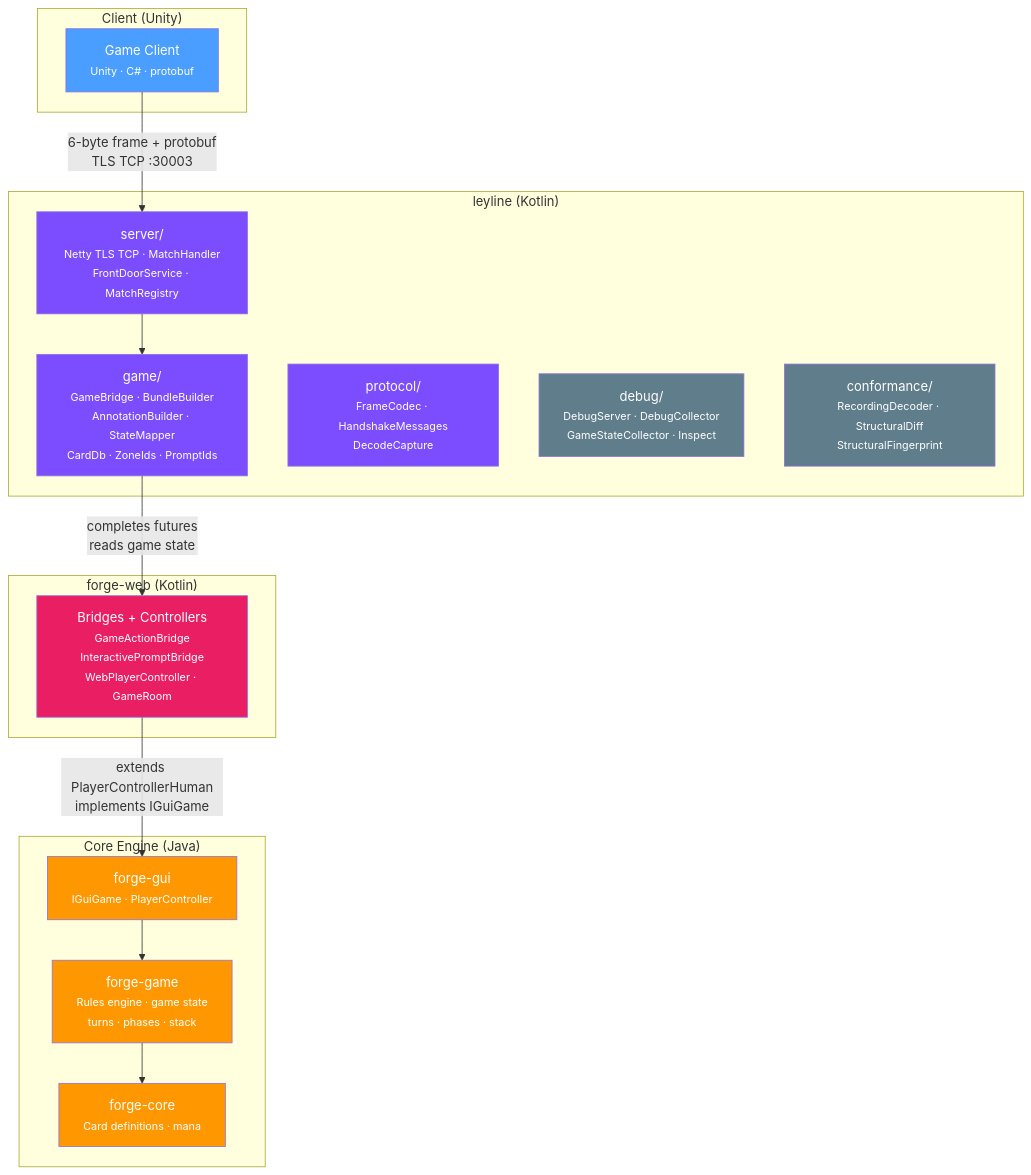
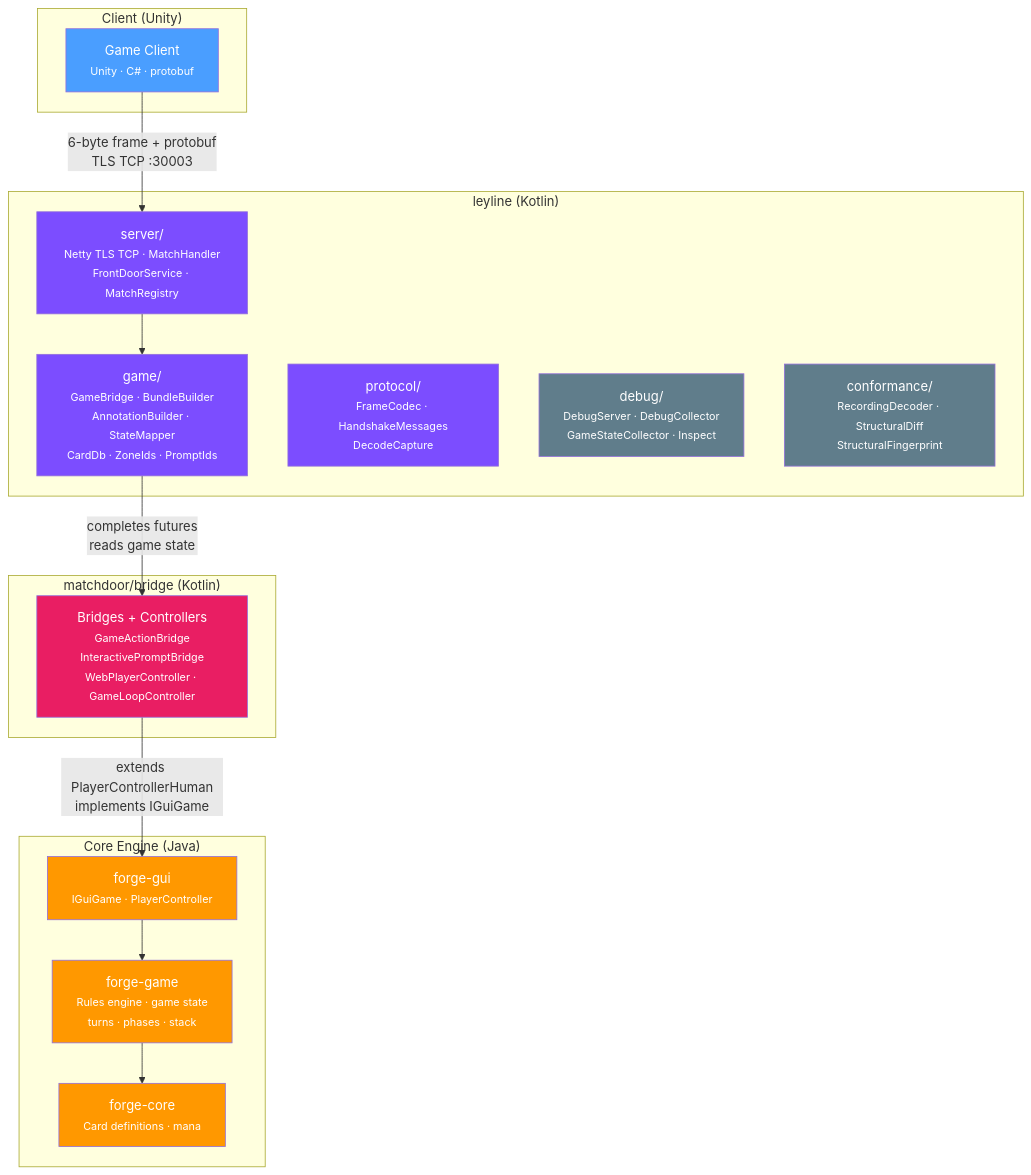
Before and after one commit to delebedev/leyline: the first of 4 diagrams in docs/architecture.md, drawn with Mermaid. The commit also changed other lines of this file and 12 other files, not shown here.

First line of the commit message:
docs: rename Nexus/forge-web references to leyline/matchdoor

````diff
--- a/docs/architecture.md
+++ b/docs/architecture.md
@@ -11,42 +11,42 @@
 ```mermaid
 graph TB
     subgraph "Client (Unity)"
         ARENA["Game Client<br/><small>Unity · C# · protobuf</small>"]
     end
 
     subgraph "leyline (Kotlin)"
         SRV["server/<br/><small>Netty TLS TCP · MatchHandler<br/>FrontDoorService · MatchRegistry</small>"]
         GAME_PKG["game/<br/><small>GameBridge · BundleBuilder<br/>AnnotationBuilder · StateMapper<br/>CardDb · ZoneIds · PromptIds</small>"]
         PROTO["protocol/<br/><small>FrameCodec · HandshakeMessages<br/>DecodeCapture</small>"]
         DEBUG["debug/<br/><small>DebugServer · DebugCollector<br/>GameStateCollector · Inspect</small>"]
         CONF["conformance/<br/><small>RecordingDecoder · StructuralDiff<br/>StructuralFingerprint</small>"]
     end
 
-    subgraph "forge-web (Kotlin)"
-        WEB["Bridges + Controllers<br/><small>GameActionBridge<br/>InteractivePromptBridge<br/>WebPlayerController · GameRoom</small>"]
+    subgraph "matchdoor/bridge (Kotlin)"
+        WEB["Bridges + Controllers<br/><small>GameActionBridge<br/>InteractivePromptBridge<br/>WebPlayerController · GameLoopController</small>"]
     end
 
     subgraph "Core Engine (Java)"
         GUI["forge-gui<br/><small>IGuiGame · PlayerController</small>"]
         GAME_ENG["forge-game<br/><small>Rules engine · game state<br/>turns · phases · stack</small>"]
         CORE["forge-core<br/><small>Card definitions · mana</small>"]
     end
 
     ARENA -- "6-byte frame + protobuf<br/>TLS TCP :30003" --> SRV
     SRV --> GAME_PKG
     GAME_PKG -- "completes futures<br/>reads game state" --> WEB
     WEB -- "extends PlayerControllerHuman<br/>implements IGuiGame" --> GUI
     GUI --> GAME_ENG
     GAME_ENG --> CORE
 
     style ARENA fill:#4a9eff,color:#fff
     style SRV fill:#7c4dff,color:#fff
     style GAME_PKG fill:#7c4dff,color:#fff
     style PROTO fill:#7c4dff,color:#fff
     style DEBUG fill:#607d8b,color:#fff
     style CONF fill:#607d8b,color:#fff
     style WEB fill:#e91e63,color:#fff
     style GUI fill:#ff9800,color:#fff
     style GAME_ENG fill:#ff9800,color:#fff
     style CORE fill:#ff9800,color:#fff
 ```
````
